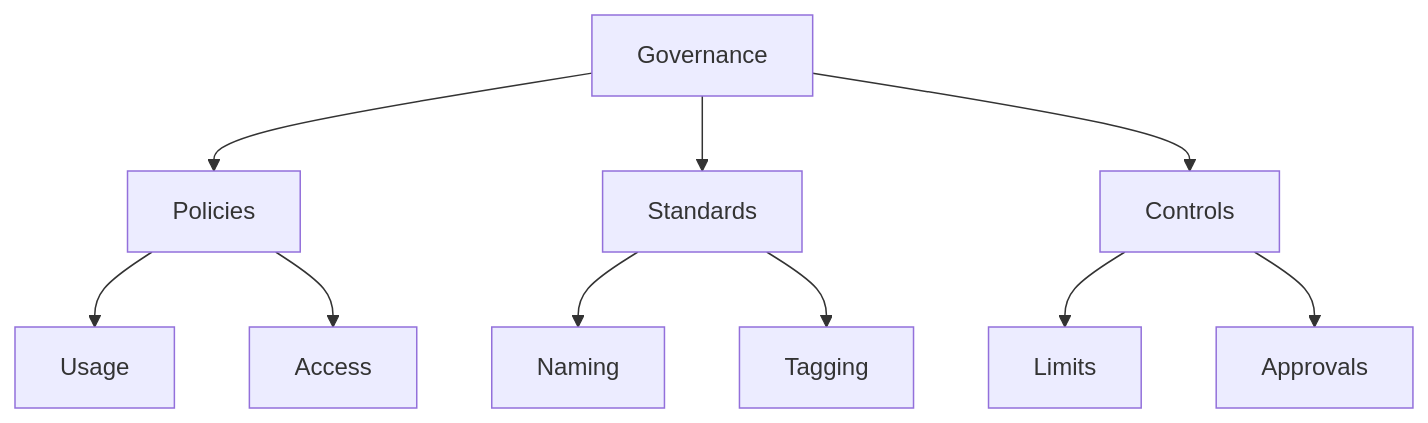
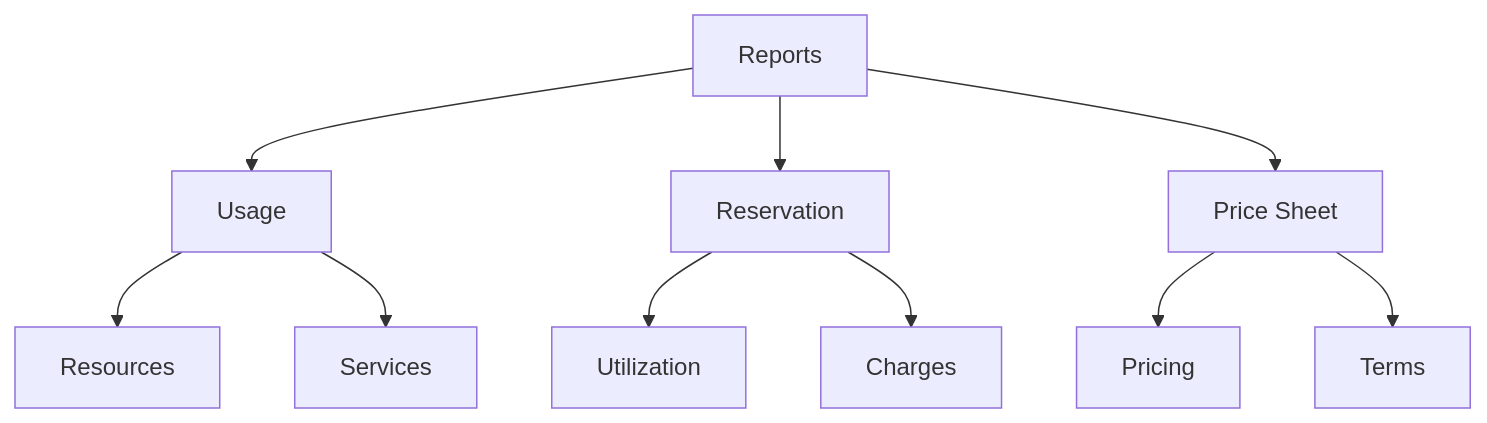
One commit to saravanakumarrc/Architecture_Journey changed the tenth of 15 diagrams in src/azure/az-104/Cost_Management.md. Above: the diagram before and after it, drawn with Mermaid. The commit also changed other lines of this file and 6 other files, not shown here.

````diff
--- a/src/azure/az-104/Cost_Management.md
+++ b/src/azure/az-104/Cost_Management.md
@@ -167,15 +180,15 @@
 ```mermaid
 graph TB
-    A[Governance] --> B[Policies]
-    A --> C[Standards]
-    A --> D[Controls]
+    A[Reports] --> B[Usage]
+    A --> C[Reservation]
+    A --> D[Price Sheet]
     
-    B --> E[Usage]
-    B --> F[Access]
+    B --> E[Resources]
+    B --> F[Services]
     
-    C --> G[Naming]
-    C --> H[Tagging]
+    C --> G[Utilization]
+    C --> H[Charges]
     
-    D --> I[Limits]
-    D --> J[Approvals]
+    D --> I[Pricing]
+    D --> J[Terms]
 ```
````
